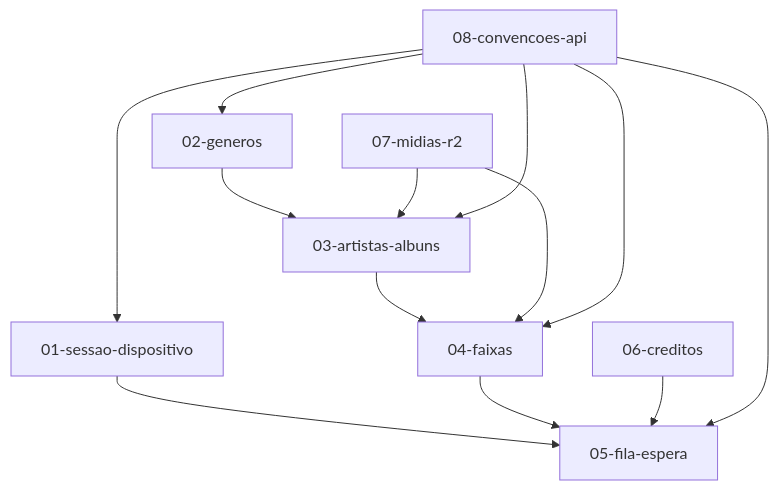
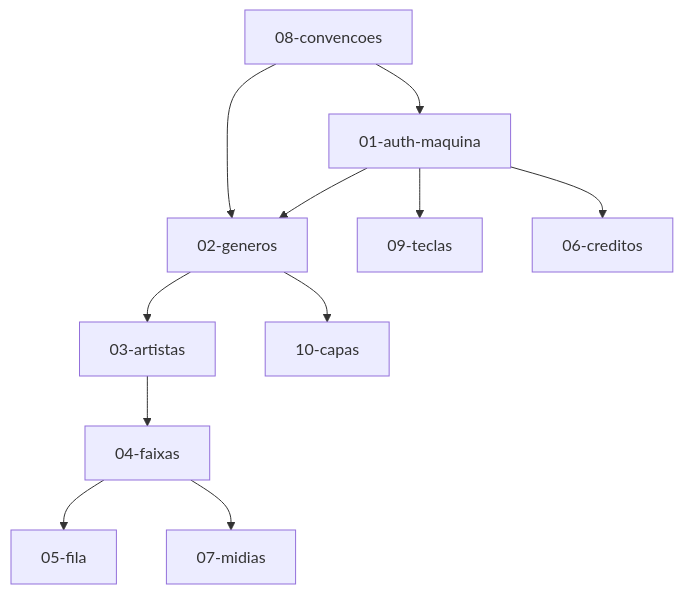
One commit to h3ticonecta/frontend_jukebox changed the diagram in docs/contratos/00-visao-geral.md. Above: the diagram before and after it, drawn with Mermaid. The commit also changed other lines of this file and 15 other files, not shown here.

````diff
--- a/docs/contratos/00-visao-geral.md
+++ b/docs/contratos/00-visao-geral.md
@@ -58,15 +56,13 @@
 ```mermaid
 graph TD
-    A[01-sessao-dispositivo] --> F[05-fila-espera]
-    B[02-generos] --> C[03-artistas-albuns]
+    A[01-auth-maquina] --> B[02-generos]
+    A --> I[09-teclas]
+    B --> C[03-artistas]
     C --> D[04-faixas]
-    D --> F
-    G[07-midias-r2] --> C
-    G --> D
-    E[06-creditos] --> F
-    H[08-convencoes-api] --> A
+    D --> F[05-fila]
+    D --> G[07-midias]
+    A --> E[06-creditos]
+    B --> J[10-capas]
+    H[08-convencoes] --> A
     H --> B
-    H --> C
-    H --> D
-    H --> F
 ```
````
